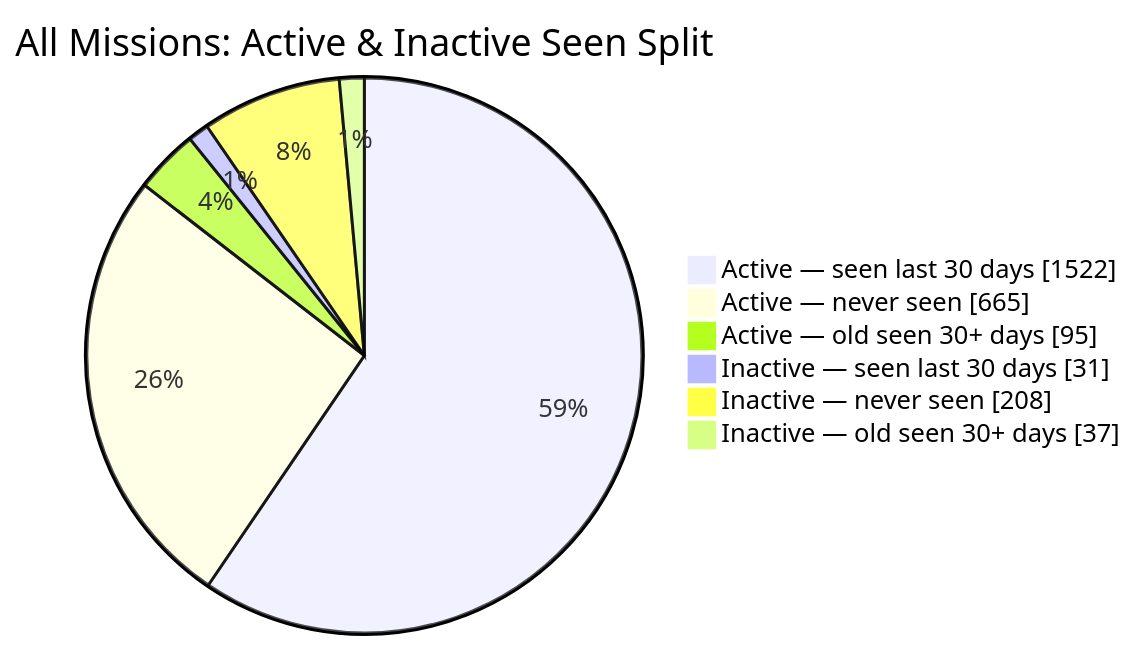
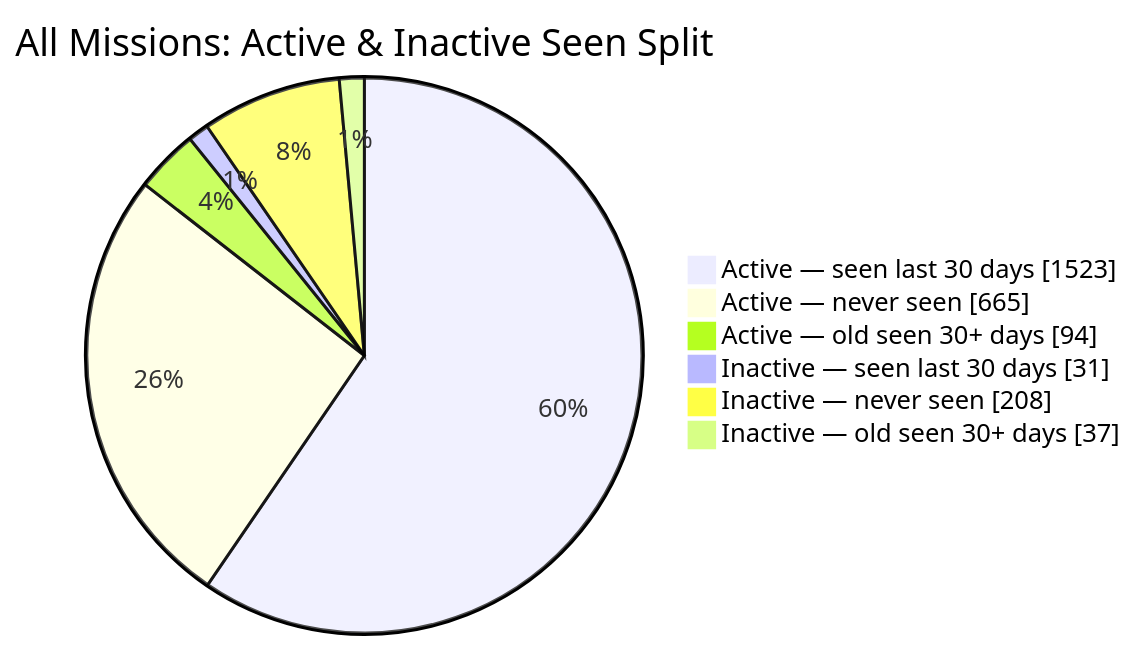
The second of 2 diagrams in README.md (MeldkamerspelGameTeam/active-missions), drawn with Mermaid before and after one commit. The commit also changed other lines of this file and 2 other files, not shown here.

````diff
--- a/README.md
+++ b/README.md
@@ -44,10 +44,10 @@
 ```mermaid
 pie showData
     title All Missions: Active & Inactive Seen Split
-    "Active — seen last 30 days" : 1522
+    "Active — seen last 30 days" : 1523
     "Active — never seen" : 665
-    "Active — old seen 30+ days" : 95
+    "Active — old seen 30+ days" : 94
     "Inactive — seen last 30 days" : 31
     "Inactive — never seen" : 208
     "Inactive — old seen 30+ days" : 37
 ```
````
